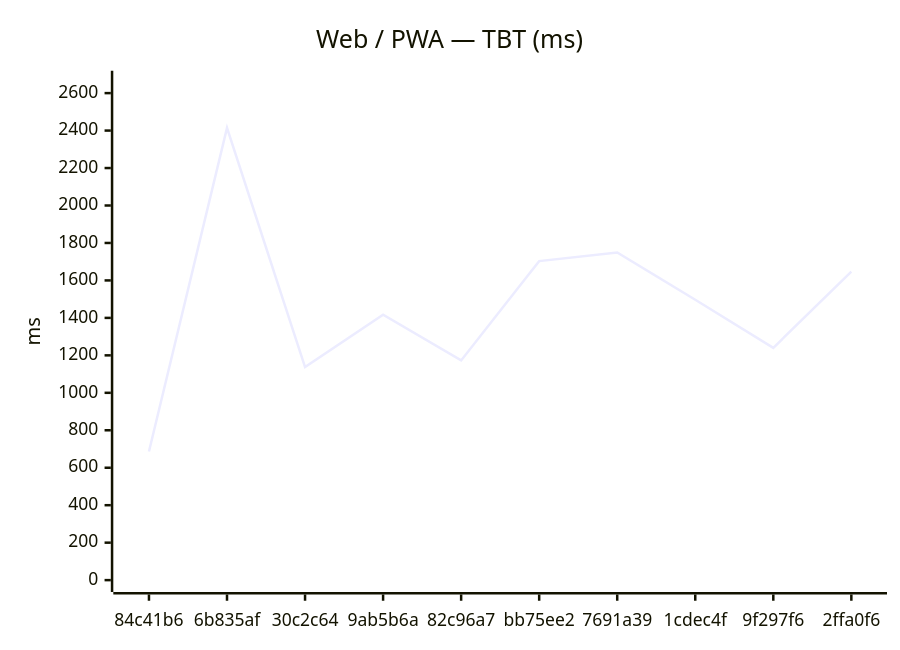
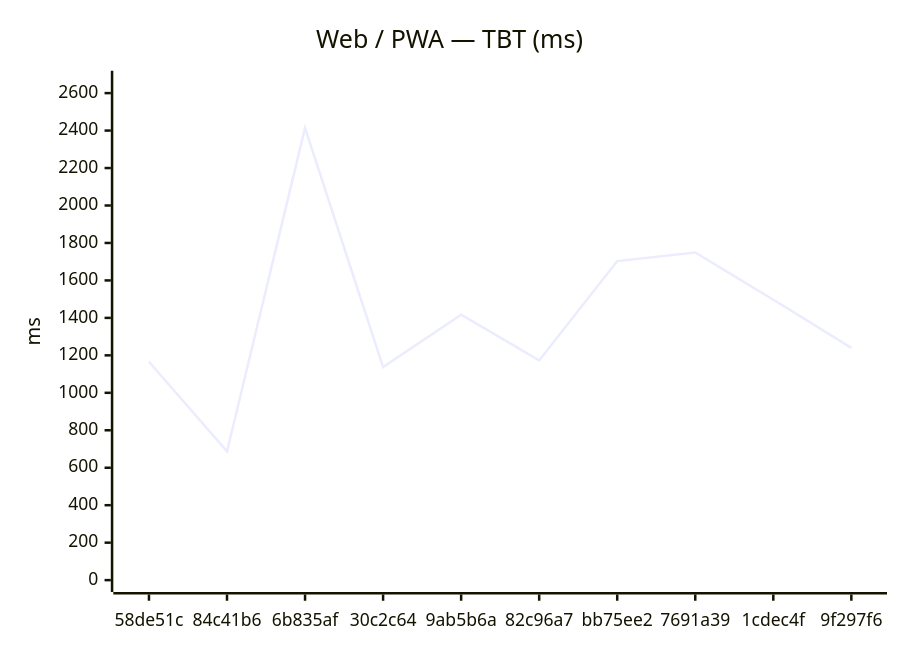
One commit to Metaheurist/Rianell changed the second of 12 diagrams in benchmarks/compare.md. Above: the diagram before and after it, drawn with Mermaid. The commit also changed other lines of this file and 8 other files, not shown here.

````diff
--- a/benchmarks/compare.md
+++ b/benchmarks/compare.md
@@ -31,7 +31,7 @@
 ```mermaid
 xychart-beta
     title "Web / PWA — TBT (ms)"
-    x-axis ["84c41b6", "6b835af", "30c2c64", "9ab5b6a", "82c96a7", "bb75ee2", "7691a39", "1cdec4f", "9f297f6", "2ffa0f6"]
+    x-axis ["58de51c", "84c41b6", "6b835af", "30c2c64", "9ab5b6a", "82c96a7", "bb75ee2", "7691a39", "1cdec4f", "9f297f6"]
     y-axis "ms" 0 --> 2656
-    line [687, 2414, 1137, 1417, 1173, 1703, 1749, 1497, 1240, 1647]
+    line [1166, 687, 2414, 1137, 1417, 1173, 1703, 1749, 1497, 1240]
 ```
````
